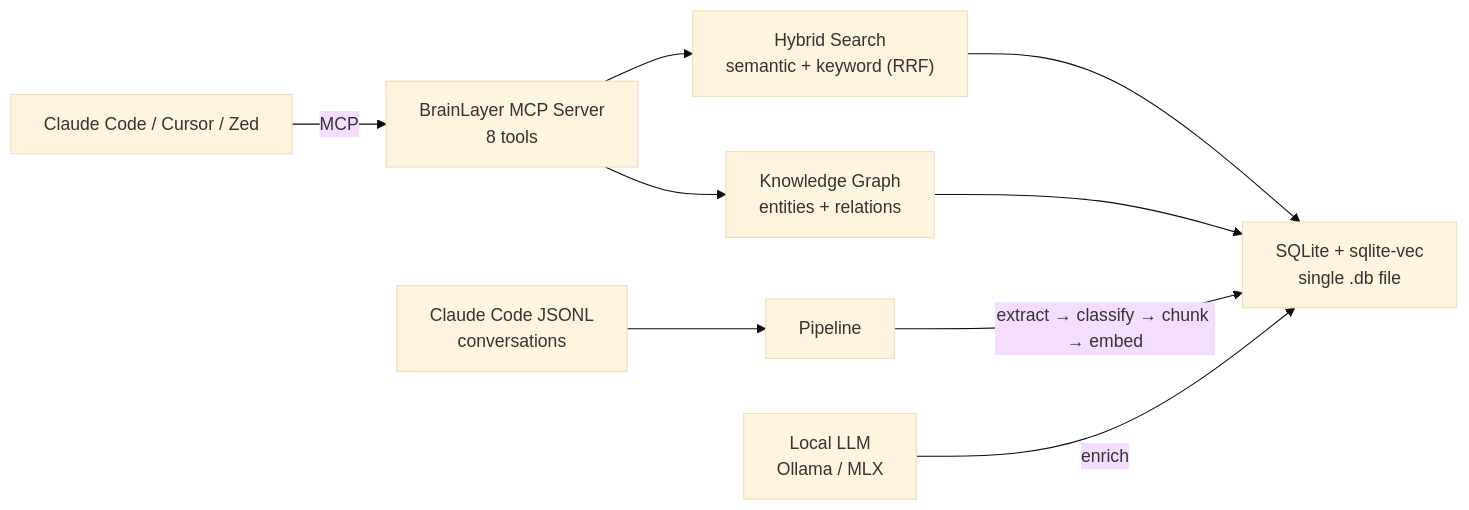
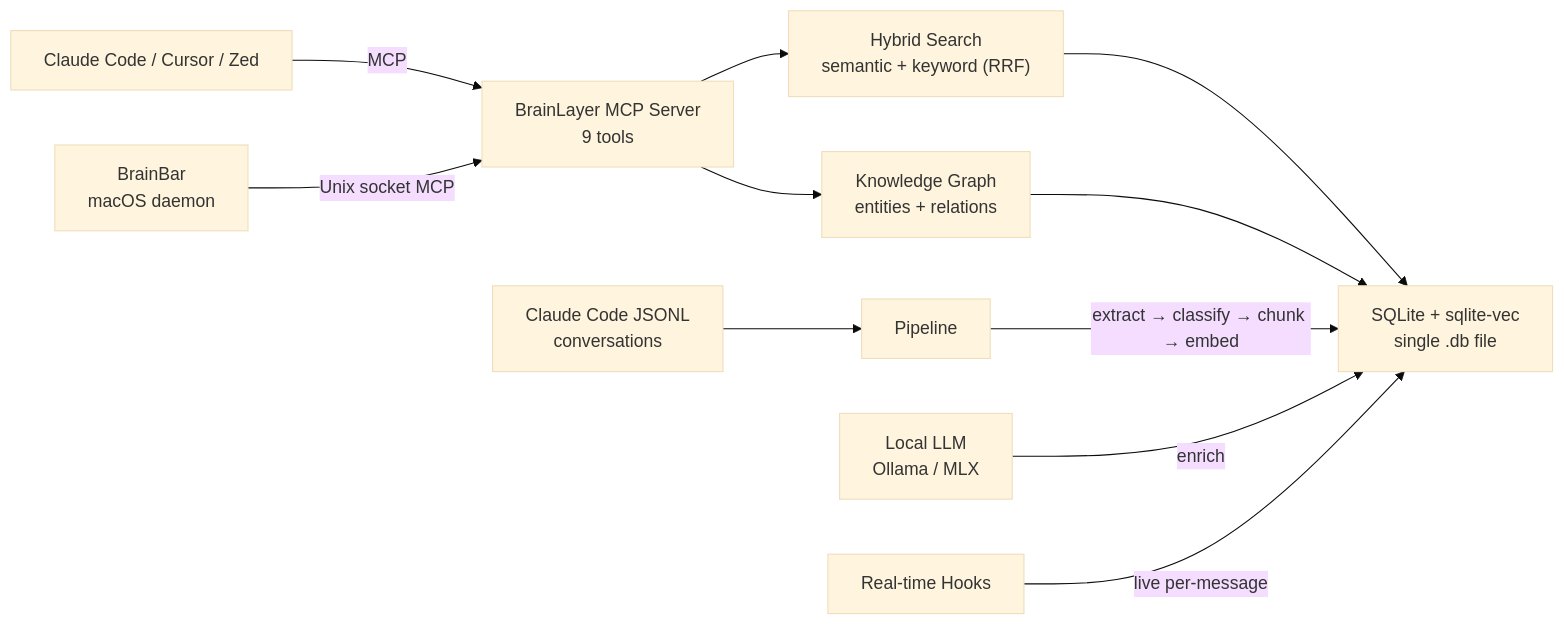
Before and after one commit to DblD/brainlayer: the diagram in README.md, drawn with Mermaid (base theme). The commit also changed other lines of this file, not shown here.

````diff
--- a/README.md
+++ b/README.md
@@ -94,12 +94,15 @@
 ```mermaid
 graph LR
-    A["Claude Code / Cursor / Zed"] -->|MCP| B["BrainLayer MCP Server<br/>8 tools"]
+    A["Claude Code / Cursor / Zed"] -->|MCP| B["BrainLayer MCP Server<br/>9 tools"]
     B --> C["Hybrid Search<br/>semantic + keyword (RRF)"]
     C --> D["SQLite + sqlite-vec<br/>single .db file"]
     B --> KG["Knowledge Graph<br/>entities + relations"]
     KG --> D
 
     E["Claude Code JSONL<br/>conversations"] --> F["Pipeline"]
     F -->|extract → classify → chunk → embed| D
     G["Local LLM<br/>Ollama / MLX"] -->|enrich| D
+
+    H["Real-time Hooks"] -->|live per-message| D
+    I["BrainBar<br/>macOS daemon"] -->|Unix socket MCP| B
 ```
````
